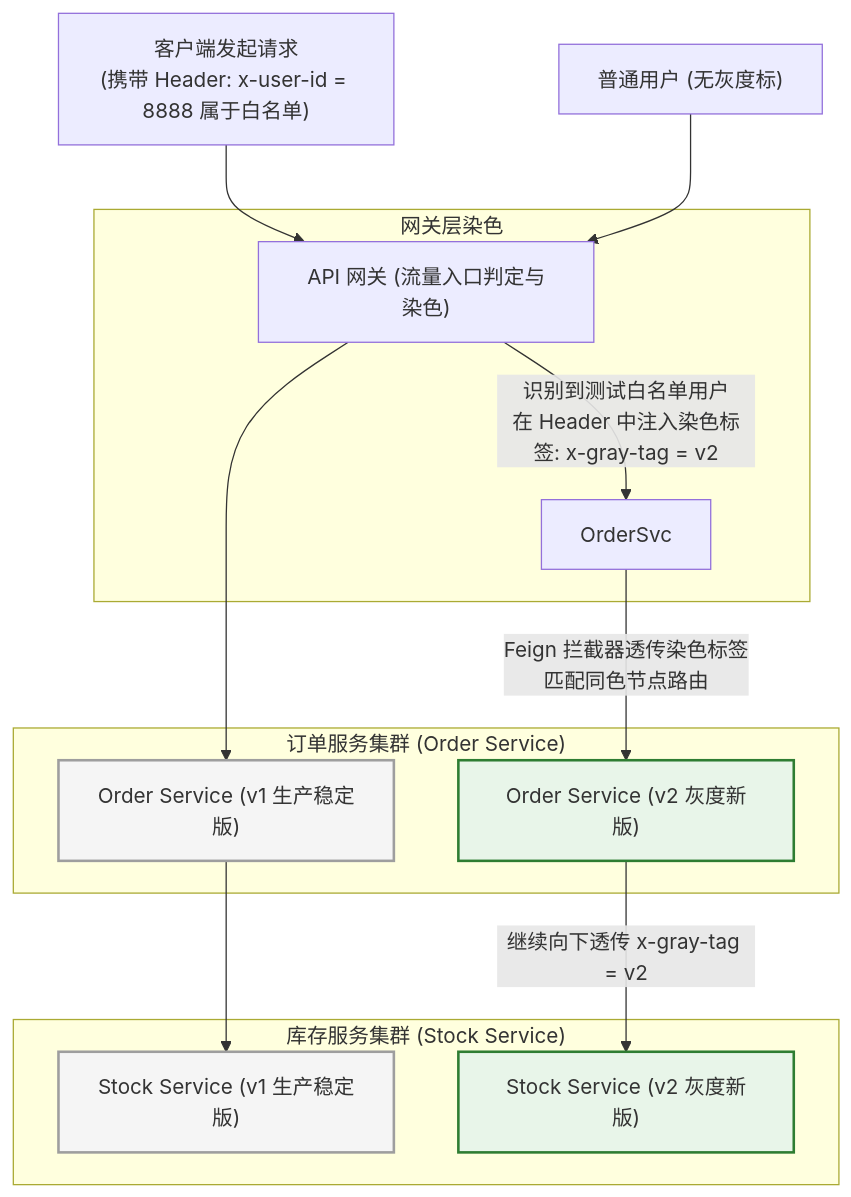
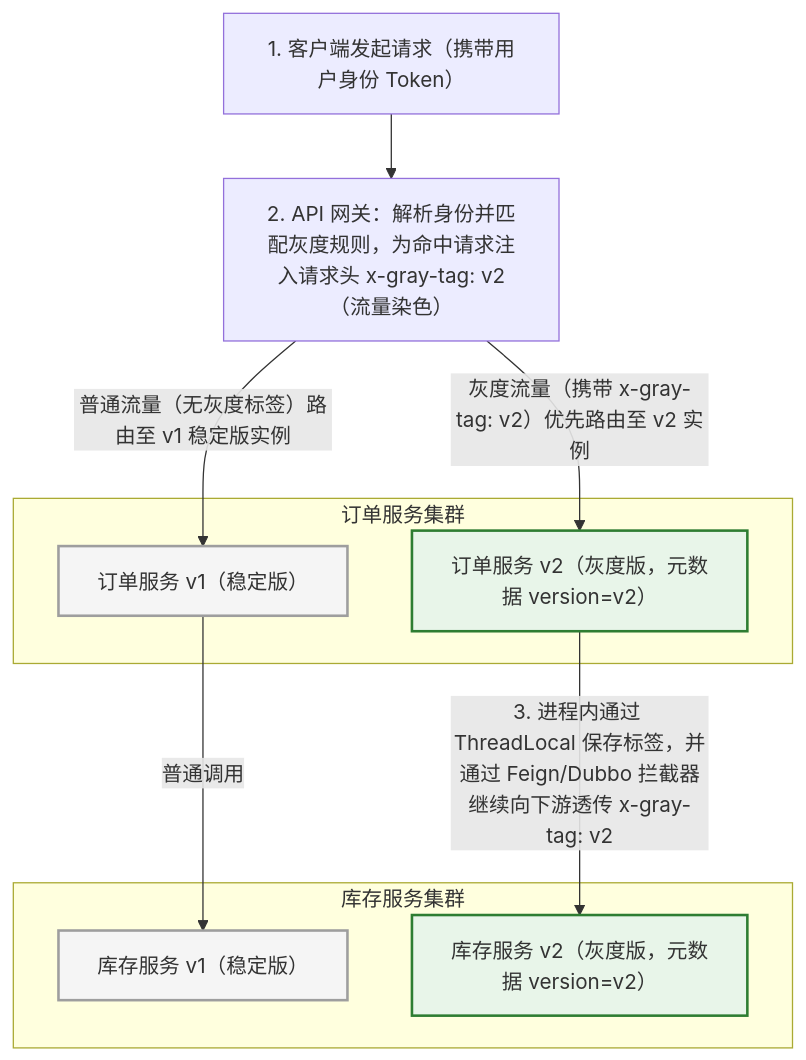
Before and after one commit to GuoWWWX/knowledge-base: the second of 2 diagrams in 20-Java后端/07-分布式与微服务/07-服务治理与负载均衡.md, drawn with Mermaid. The commit also changed other lines of this file and 251 other files, not shown here.

````diff
--- a/20-Java后端/07-分布式与微服务/07-服务治理与负载均衡.md
+++ b/20-Java后端/07-分布式与微服务/07-服务治理与负载均衡.md
@@ -124,29 +121,25 @@
 ```mermaid
 flowchart TD
-    User["客户端发起请求\n(携带 Header: x-user-id = 8888 属于白名单)"] --> GW["API 网关 (流量入口判定与染色)"]
-    
-    subgraph 流量染色第一站["网关层染色"]
-        GW -->|"识别到测试白名单用户\n在 Header 中注入染色标签: x-gray-tag = v2"| OrderSvc
+    Req["1. 客户端发起请求（携带用户身份 Token）"] --> GW["2. API 网关：解析身份并匹配灰度规则，为命中请求注入请求头 x-gray-tag: v2（流量染色）"]
+
+    subgraph OrderCluster["订单服务集群"]
+        O_V1["订单服务 v1（稳定版）"]
+        O_V2["订单服务 v2（灰度版，元数据 version=v2）"]
     end
 
-    subgraph 订单服务集群["订单服务集群 (Order Service)"]
-        O_V1["Order Service (v1 生产稳定版)"]
-        O_V2["Order Service (v2 灰度新版)"]
-    end
-    
-    subgraph 库存服务集群["库存服务集群 (Stock Service)"]
-        S_V1["Stock Service (v1 生产稳定版)"]
-        S_V2["Stock Service (v2 灰度新版)"]
+    subgraph StockCluster["库存服务集群"]
+        S_V1["库存服务 v1（稳定版）"]
+        S_V2["库存服务 v2（灰度版，元数据 version=v2）"]
     end
 
-    OrderSvc -->|"Feign 拦截器透传染色标签\n匹配同色节点路由"| O_V2
-    O_V2 -->|"继续向下透传 x-gray-tag = v2"| S_V2
+    GW -->|"灰度流量（携带 x-gray-tag: v2）优先路由至 v2 实例"| O_V2
+    O_V2 -->|"3. 进程内通过 ThreadLocal 保存标签，并通过 Feign/Dubbo 拦截器继续向下游透传 x-gray-tag: v2"| S_V2
 
-    NormalUser["普通用户 (无灰度标)"] --> GW
-    GW --> O_V1 --> S_V1
+    GW -->|"普通流量（无灰度标签）路由至 v1 稳定版实例"| O_V1
+    O_V1 -->|"普通调用"| S_V1
 
-    classDef v2 fill:#e8f5e9,stroke:#2e7d32,stroke-width:2px;
-    classDef v1 fill:#f5f5f5,stroke:#9e9e9e,stroke-width:2px;
-    class O_V2,S_V2 v2;
-    class O_V1,S_V1 v1;
+    classDef grayNode fill:#e8f5e9,stroke:#2e7d32,stroke-width:2px;
+    classDef prodNode fill:#f5f5f5,stroke:#9e9e9e,stroke-width:2px;
+    class O_V2,S_V2 grayNode;
+    class O_V1,S_V1 prodNode;
 ```
````
